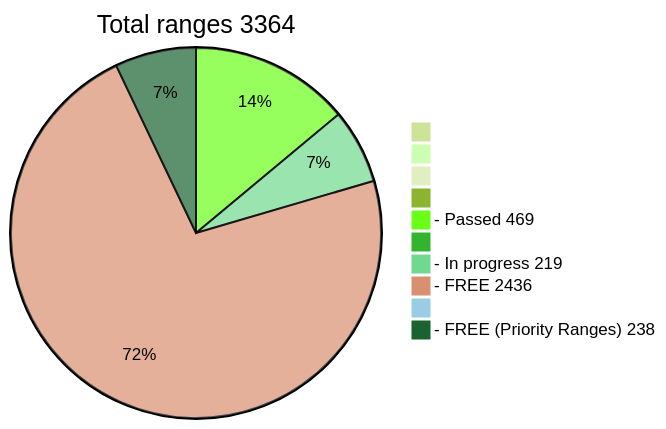
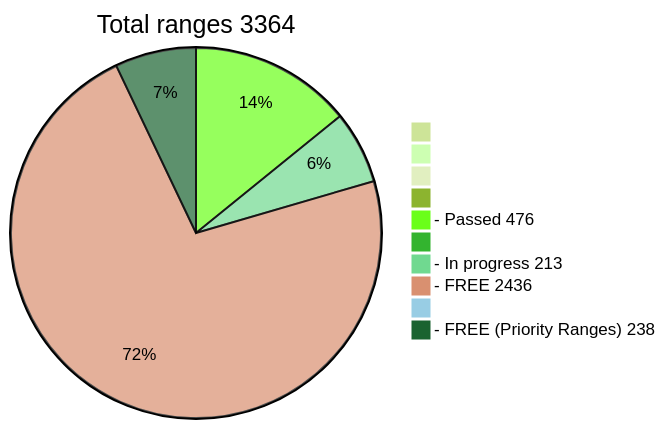
Before and after one commit to phrutis/wif500: the diagram in README.md, drawn with Mermaid (forest theme).

````diff
--- a/README.md
+++ b/README.md
@@ -16,13 +16,13 @@
 ```mermaid
 pie title Total ranges 3364
              " " : 0
             "  " : 0
            "   " : 0
           "    " : 0
-  "- Passed 469" : 469
+  "- Passed 476" : 476
          "     " : 0
-  "- In progress 219" : 219
+  "- In progress 213" : 213
    "- FREE 2436" : 2436
         "      " : 0
   "- FREE (Priority Ranges) 238" : 238
 ```
````
